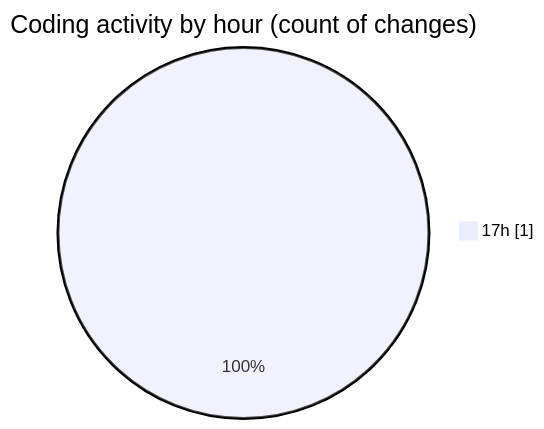
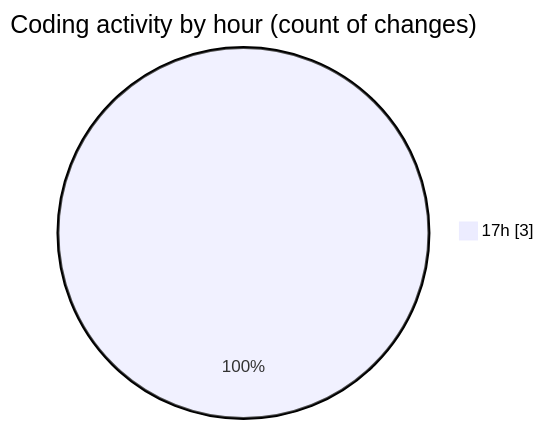
The second of 2 diagrams in 2025-05-08/scripts__workspace_/README.md (earendildev/code-tracking), drawn with Mermaid before and after one commit. The commit also changed other lines of this file and 1 other file, not shown here.

````diff
--- a/2025-05-08/scripts__workspace_/README.md
+++ b/2025-05-08/scripts__workspace_/README.md
@@ -28,5 +28,5 @@
 ```mermaid
 pie showData
 title Coding activity by hour (count of changes)
-"17h" : 1
+"17h" : 3
 ```
````
